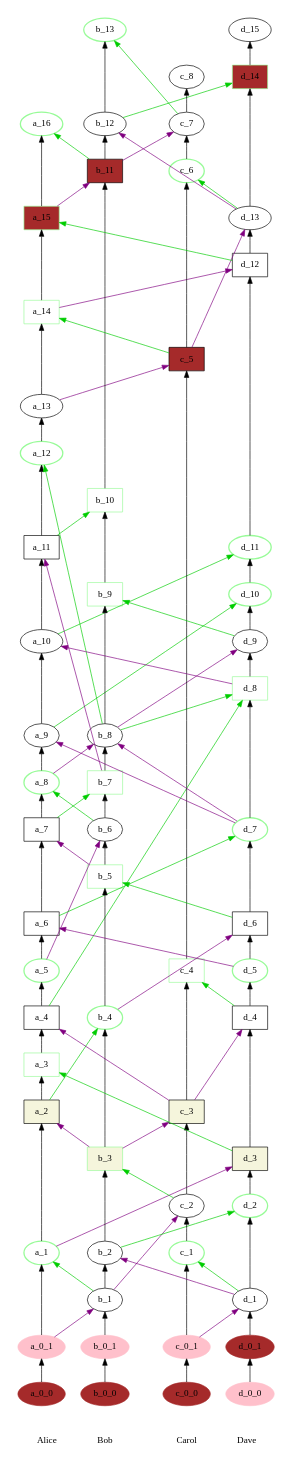
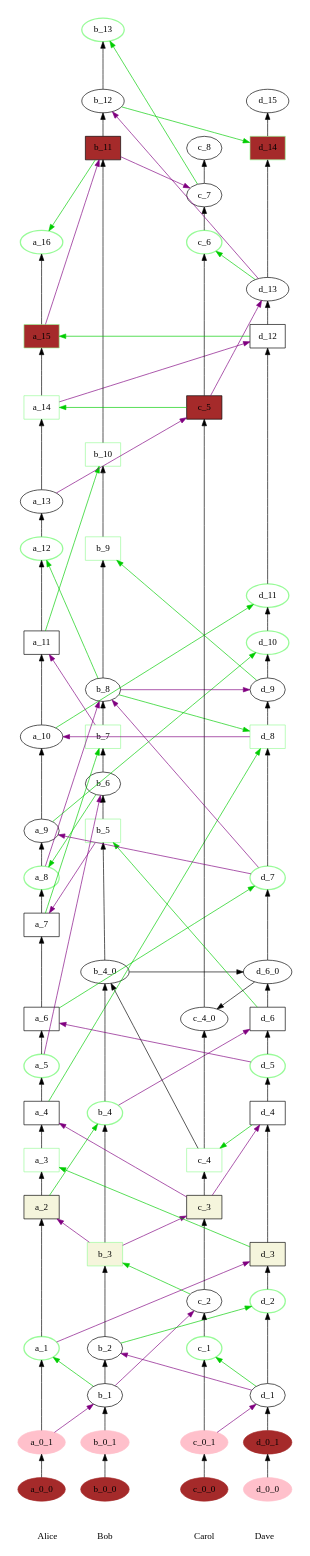
The diagram in input.dot (maqi/gossip_scribe), drawn with Graphviz before and after one commit. The commit also changed 1 other file, not shown here.

Commit message:
sequence event name in graph

```diff
--- a/input.dot
+++ b/input.dot
@@ -1,145 +1,151 @@
 digraph GossipGraph {
 splines=false
 rankdir=BT
 outputorder=nodesfirst
 subgraph cluster_alice {
 style=invis
 Alice -> a_0_0 [style=invis]
 a_0_0 -> a_0_1
 a_0_1 -> a_1 [minlen=2]
 a_1 -> a_2 [minlen=3]
 a_2 -> a_3
 a_3 -> a_4
 a_4 -> a_5
 a_5 -> a_6
 a_6 -> a_7 [minlen=2]
 a_7 -> a_8
 a_8 -> a_9
 a_9 -> a_10 [minlen=2]
 a_10 -> a_11 [minlen=2]
 a_11 -> a_12 [minlen=2]
 a_12 -> a_13
 a_13 -> a_14 [minlen=2]
 a_14 -> a_15 [minlen=2]
 a_15 -> a_16 [minlen=2]
 }
 
 subgraph cluster_bob {
 style=invis
 Bob -> b_0_0 [style=invis]
 b_0_0 -> b_0_1
 b_0_1 -> b_1
 b_1 -> b_2
 b_2 -> b_3 [minlen=2]
 b_3 -> b_4 [minlen=3]
-b_4 -> b_5 [minlen=3]
+b_4 -> b_4_0 [minlen=3]
+b_4_0 -> b_5 [minlen=3]
 b_5 -> b_6
 b_6 -> b_7
 b_7 -> b_8
 b_8 -> b_9 [minlen=3]
 b_9 -> b_10 [minlen=2]
 b_10 -> b_11 [minlen=7]
 b_11 -> b_12
 b_12 -> b_13 [minlen=2]
 }
 subgraph cluster_carol {
 style=invis
 Carol -> c_0_0 [style=invis]
 c_0_0 -> c_0_1
 c_0_1 -> c_1 [minlen=2]
 c_1 -> c_2
 c_2 -> c_3 [minlen=2]
-c_3 -> c_4 [minlen=3]
-c_4 -> c_5 [minlen=13]
+c_3 -> c_4
+c_4 -> c_4_0 [minlen=3]
+c_4_0 -> c_5 [minlen=13]
 c_5 -> c_6 [minlen=4]
 c_6 -> c_7
 c_7 -> c_8
 }
 subgraph cluster_dave {
 style=invis
 Dave -> d_0_0 [style=invis]
 d_0_0 -> d_0_1
 d_0_1 -> d_1
 d_1 -> d_2 [minlen=2]
 d_2 -> d_3
 d_3 -> d_4 [minlen=3]
 d_4 -> d_5
 d_5 -> d_6
-d_6 -> d_7 [minlen=2]
+d_6 -> d_6_0
+d_6_0 -> d_7 [minlen=2]
 d_7 -> d_8 [minlen=3]
 d_8 -> d_9
 d_9 -> d_10
 d_10 -> d_11
 d_11 -> d_12 [minlen=6]
 d_12 -> d_13
 d_13 -> d_14 [minlen=3]
 d_14 -> d_15
 }
 {
 rank=same
 Alice -> Bob -> Carol -> Dave [style=invis]
 Alice, Bob, Carol, Dave [style=filled, color=white]
 }
 
 edge [constraint=false]
 
 a_0_0, b_0_0, c_0_0, d_0_1 [style=filled, color=brown]
 d_0_0, a_0_1, b_0_1, c_0_1 [style=filled, color=pink]
 
 a_1, a_3, a_5, a_8, a_12, a_14, a_15, a_16, b_3, b_4, b_5, b_7, b_9, b_10, b_13, c_1, c_4, c_6, d_2, d_5, d_7, d_8, d_10, d_11, d_14 [style=bold, color=palegreen]
 
 a_2, b_3, c_3, d_3 [style=filled, fillcolor=beige, shape=rectangle]
 a_3, a_4, a_6, a_7, a_11, a_14, b_5, b_7, b_9, b_10, c_4, d_4, d_6, d_8, d_12 [style=filled, fillcolor=white, shape=rectangle]
 
 a_15, b_11, c_5, d_14 [shape=rectangle, style=filled, fillcolor=brown]
 
 a_0_1 -> b_1 [color=purple]
 b_1 -> a_1 [color=green3]
 c_0_1 -> d_1 [color=purple]
 d_1 -> b_2 [color=purple]
 b_1 -> c_2 [color=purple]
 c_2 -> b_3 [color=green3]
 a_13 -> c_5 [color=purple]
 c_5 -> a_14 [color=green3]
 d_1 -> c_1 [color=green3]
 b_2 -> d_2 [color=green3]
 a_1 -> d_3 [color=purple]
 d_3 -> a_3 [color=green3]
 b_3 -> a_2 [color=purple]
 a_2 -> b_4 [color=green3]
 c_3 -> a_4 [color=purple]
 a_4 -> d_8 [color=green3]
 c_3 -> d_4 [color=purple]
 b_3 -> c_3 [color=purple]
 d_4 -> c_4 [color=green3]
 b_4 -> d_6 [color=purple]
 d_6 -> b_5 [color=green3]
 d_5 -> a_6 [color=purple]
 a_6 -> d_7 [color=green3]
 a_5 -> b_6 [color=purple]
 b_6 -> a_8 [color=green3]
 b_5 -> a_7 [color=purple]
 a_7 -> b_7 [color=green3]
 d_7 -> b_8 [color=purple]
 b_8 -> d_8 [color=green3]
 d_7 -> a_9 [color=purple]
 a_9 -> d_10 [color=green3]
 b_8 -> d_9 [color=purple]
 d_9 -> b_9 [color=green3]
 a_8 -> b_8 [color=purple]
 b_8 -> a_12 [color=green3]
 b_7 -> a_11 [color=purple]
 a_11 -> b_10 [color=green3]
 d_8 -> a_10 [color=purple]
 a_10 -> d_11 [color=green3]
 a_14 -> d_12 [color=purple]
 d_12 -> a_15 [color=green3]
 a_15 -> b_11 [color=purple]
 b_11 -> a_16 [color=green3]
 c_5 -> d_13 [color=purple]
 d_13 -> c_6 [color=green3]
 d_13 -> b_12 [color=purple]
 b_12 -> d_14 [color=green3]
 b_11 -> c_7 [color=purple]
 c_7 -> b_13 [color=green3]
+c_4 -> b_4_0 [color=black]
+b_4_0 -> d_6_0 [color=black]
+d_6_0 -> c_4_0 [color=black]
 }
```
